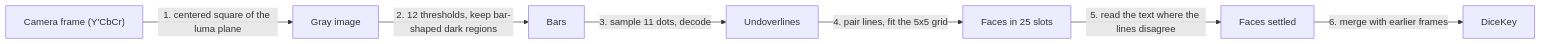
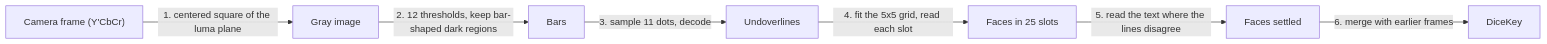
Before and after one commit to cafedomingo/dicekeys-app-ios: the diagram in docs/scanning.md, drawn with Mermaid. The commit also changed other lines of this file and 26 other files, not shown here.

Commit message:
Fit the grid to every line and read each slot where the grid puts it (#57)

````diff
--- a/docs/scanning.md
+++ b/docs/scanning.md
@@ -66,9 +72,9 @@
 ```mermaid
 flowchart LR
     A["Camera frame (Y'CbCr)"] -->|"1. centered square of the luma plane"| B[Gray image]
     B -->|"2. 12 thresholds, keep bar-shaped dark regions"| C[Bars]
     C -->|"3. sample 11 dots, decode"| D[Undoverlines]
-    D -->|"4. pair lines, fit the 5x5 grid"| E[Faces in 25 slots]
+    D -->|"4. fit the 5x5 grid, read each slot"| E[Faces in 25 slots]
     E -->|"5. read the text where the lines disagree"| G[Faces settled]
     G -->|"6. merge with earlier frames"| F[DiceKey]
 ```
````
